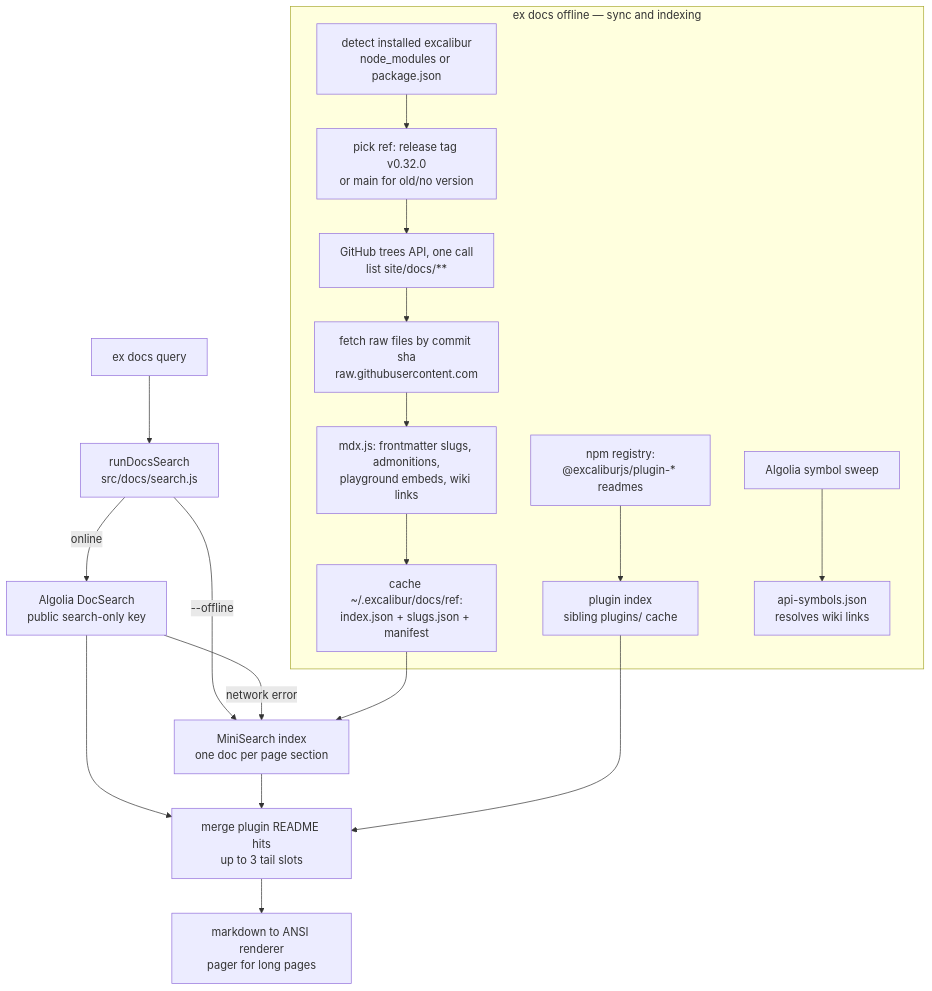
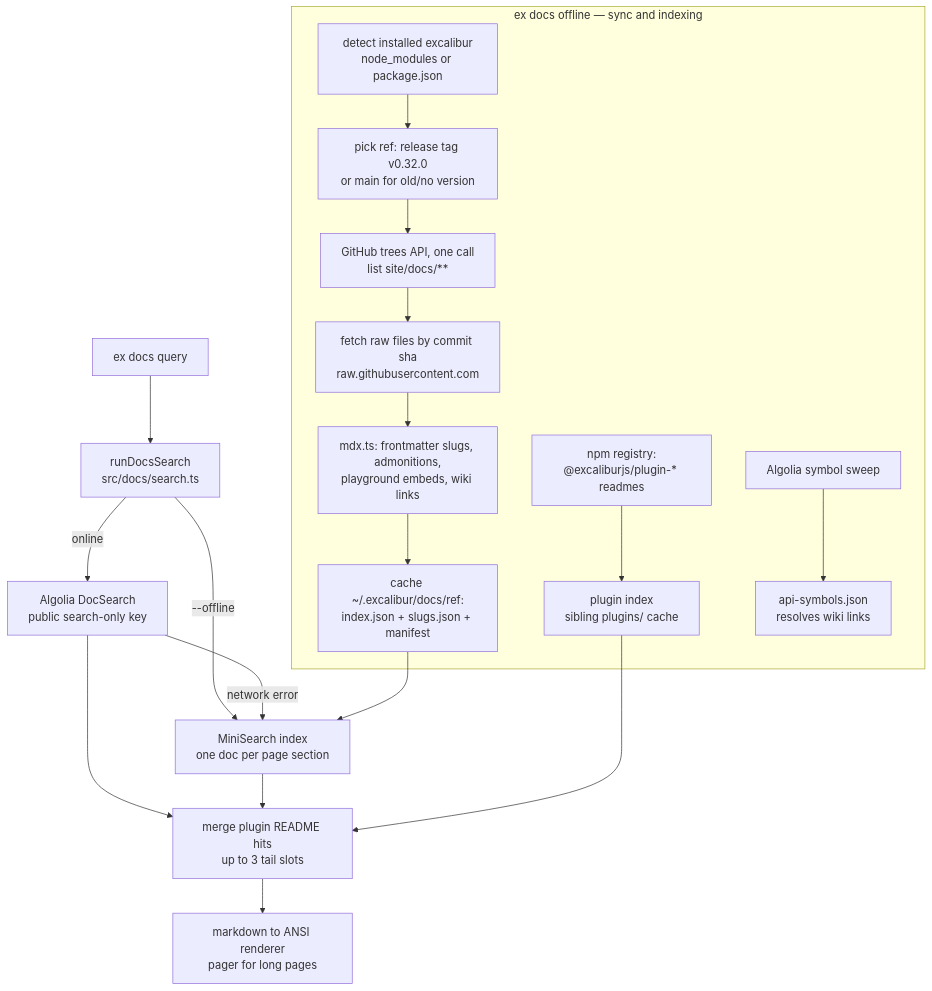
Before and after one commit to excaliburjs/create-excalibur: the second of 4 diagrams in README.md, drawn with Mermaid. The commit also changed other lines of this file and 279 other files, not shown here.

````diff
--- a/README.md
+++ b/README.md
@@ -177,22 +196,22 @@
 ```mermaid
 flowchart TD
-    Q["ex docs query"] --> RS["runDocsSearch<br/>src/docs/search.js"]
+    Q["ex docs query"] --> RS["runDocsSearch<br/>src/docs/search.ts"]
     RS -->|"online"| ALG["Algolia DocSearch<br/>public search-only key"]
     RS -->|"--offline"| LOCAL["MiniSearch index<br/>one doc per page section"]
     ALG -->|"network error"| LOCAL
     ALG --> MERGE["merge plugin README hits<br/>up to 3 tail slots"]
     LOCAL --> MERGE
     MERGE --> RENDER["markdown to ANSI renderer<br/>pager for long pages"]
 
     subgraph SYNC["ex docs offline — sync and indexing"]
         V["detect installed excalibur<br/>node_modules or package.json"] --> REF["pick ref: release tag v0.32.0<br/>or main for old/no version"]
         REF --> TREE["GitHub trees API, one call<br/>list site/docs/**"]
         TREE --> RAW["fetch raw files by commit sha<br/>raw.githubusercontent.com"]
-        RAW --> MDX["mdx.js: frontmatter slugs, admonitions,<br/>playground embeds, wiki links"]
+        RAW --> MDX["mdx.ts: frontmatter slugs, admonitions,<br/>playground embeds, wiki links"]
         MDX --> IDX["cache ~/.excalibur/docs/ref:<br/>index.json + slugs.json + manifest"]
         NPM["npm registry:<br/>@excaliburjs/plugin-* readmes"] --> PIDX["plugin index<br/>sibling plugins/ cache"]
         ALG2["Algolia symbol sweep"] --> SYM["api-symbols.json<br/>resolves wiki links"]
     end
     IDX --> LOCAL
     PIDX --> MERGE
 ```
````
